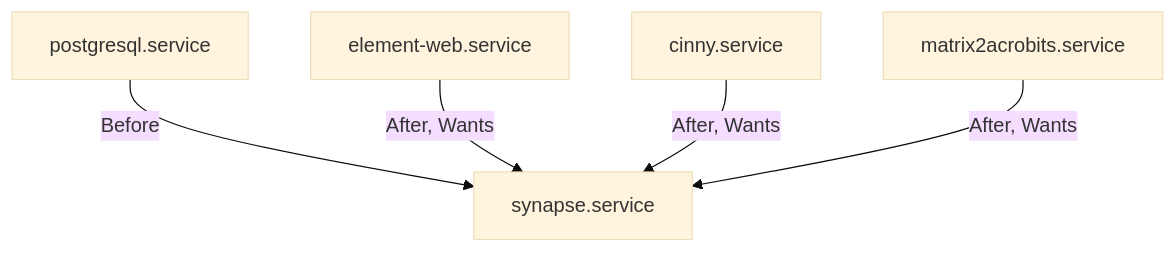
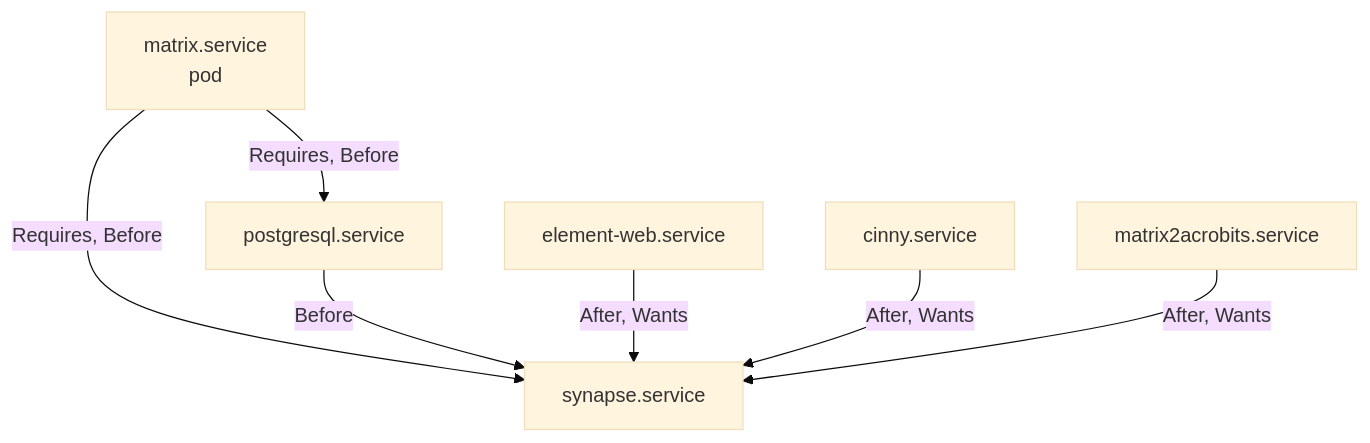
One commit to NethServer/ns8-matrix changed the second of 4 diagrams in docs/architecture.md. Above: the diagram before and after it, drawn with Mermaid (base theme). The commit also changed other lines of this file, not shown here.

Commit message:
docs: describe the pod network and units

````diff
--- a/docs/architecture.md
+++ b/docs/architecture.md
@@ -55,12 +66,15 @@
 ```mermaid
 flowchart TB
+    MX[matrix.service<br/>pod]
     PG[postgresql.service]
     SY[synapse.service]
     EW[element-web.service]
     CI[cinny.service]
     MA[matrix2acrobits.service]
+    MX -- "Requires, Before" --> PG
+    MX -- "Requires, Before" --> SY
     PG -- "Before" --> SY
     EW -- "After, Wants" --> SY
     CI -- "After, Wants" --> SY
     MA -- "After, Wants" --> SY
 ```
````
